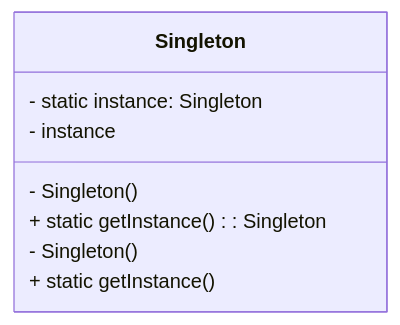
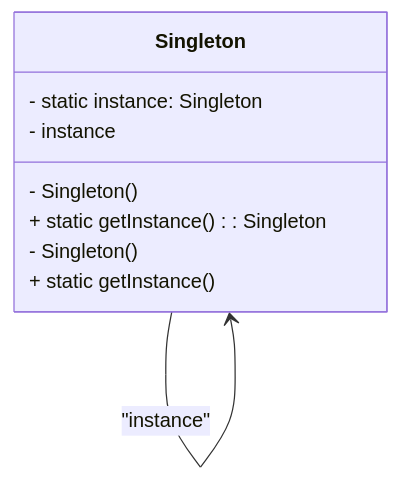
Before and after one commit to Theml/Singleton: the first of 2 diagrams in README.md, drawn with Mermaid. The commit also changed other lines of this file, not shown here.

Commit message:
Update README.md
Ajustando detalhe de auto referencia presenciada no padrão singleton

````diff
--- a/README.md
+++ b/README.md
@@ -2,11 +2,12 @@
 ```mermaid
 classDiagram
   class Singleton {
     - static instance: Singleton
     - Singleton()
     + static getInstance(): Singleton
 }
 Singleton: - instance
 Singleton: - Singleton()
 Singleton: + static getInstance()
+Singleton --> Singleton : "instance"
 ```
````
